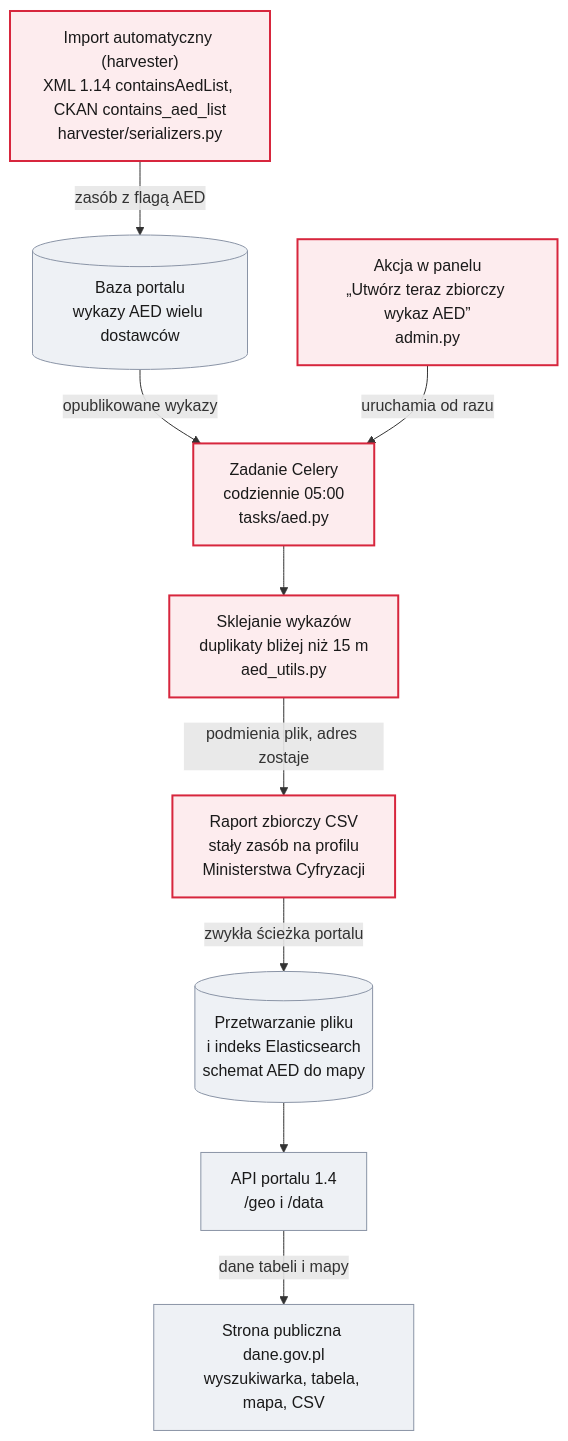
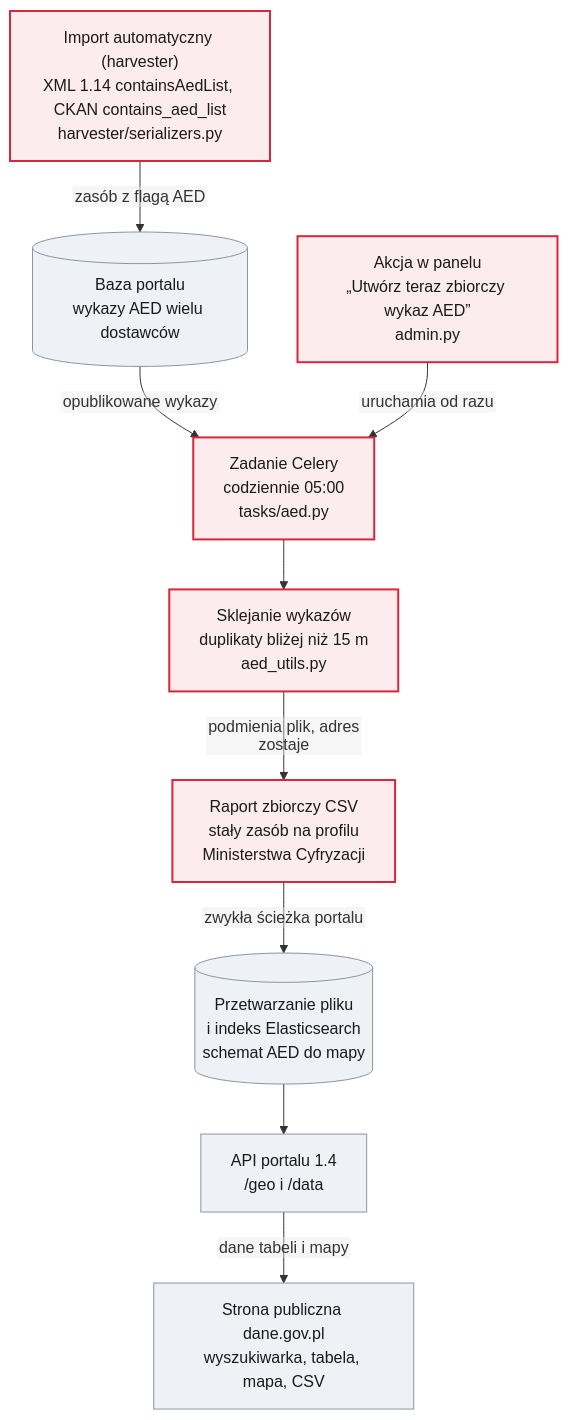
Before and after one commit to pawel120/misja-aed-dane-gov-pl: the second of 2 diagrams in README.md, drawn with Mermaid. The commit also changed other lines of this file, not shown here.

Commit message:
README diagrams: SVG text labels so GitHub does not clip node text

````diff
--- a/README.md
+++ b/README.md
@@ -114,26 +115,27 @@
 ```mermaid
+%%{init: {"flowchart": {"htmlLabels": false}}}%%
 flowchart TB
   DB[("Baza portalu<br/>wykazy AED wielu dostawców")]
   A["Akcja w panelu<br/>„Utwórz teraz zbiorczy wykaz AED”<br/>admin.py"]
   C["Zadanie Celery<br/>codziennie 05:00<br/>tasks/aed.py"]
   S["Sklejanie wykazów<br/>duplikaty bliżej niż 15 m<br/>aed_utils.py"]
   R["Raport zbiorczy CSV<br/>stały zasób na profilu<br/>Ministerstwa Cyfryzacji"]
   ES[("Przetwarzanie pliku<br/>i indeks Elasticsearch<br/>schemat AED do mapy")]
   API["API portalu 1.4<br/>/geo i /data"]
   WWW["Strona publiczna dane.gov.pl<br/>wyszukiwarka, tabela, mapa, CSV"]
   H["Import automatyczny (harvester)<br/>XML 1.14 containsAedList, CKAN contains_aed_list<br/>harvester/serializers.py"]
 
   H -- "zasób z flagą AED" --> DB
   DB -- "opublikowane wykazy" --> C
   A -- "uruchamia od razu" --> C
   C --> S
   S -- "podmienia plik, adres zostaje" --> R
   R -- "zwykła ścieżka portalu" --> ES
   ES --> API
   API -- "dane tabeli i mapy" --> WWW
 
   classDef nasz fill:#fdecee,stroke:#d7263d,stroke-width:2px,color:#1a1a1a;
   classDef portal fill:#eef1f5,stroke:#8a94a6,color:#1a1a1a;
   class H,A,C,S,R nasz;
   class DB,ES,API,WWW portal;
 ```
````
